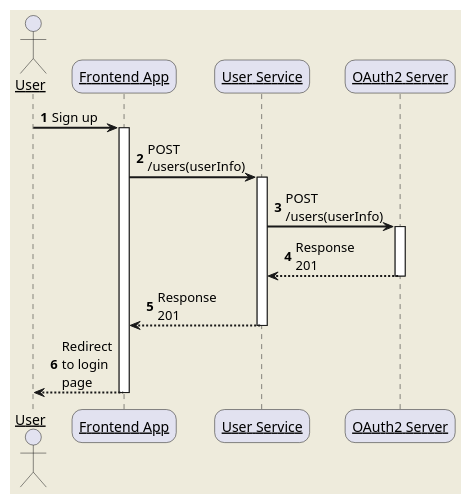
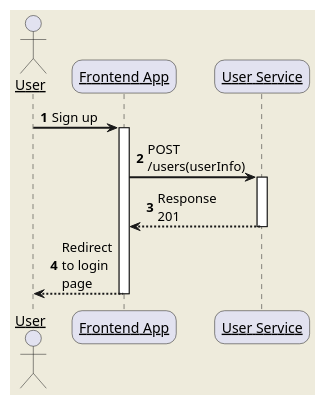
Before and after one commit to Hannibal0416/modern-renting-service: the diagram in doc/sequence/user-signup.puml, drawn with PlantUML. The commit also changed 17 other files, not shown here.

```diff
--- a/doc/sequence/user-signup.puml
+++ b/doc/sequence/user-signup.puml
@@ -2,31 +2,28 @@
 @startuml
 skinparam backgroundColor #EEEBDC
 skinparam handwritten false
 skinparam sequenceArrowThickness 2
 skinparam roundcorner 20
 skinparam maxmessagesize 60
 skinparam sequenceParticipant underline
 
 actor User
 participant "Frontend App" as Frontend
 participant "User Service" as UserService
-participant "OAuth2 Server" as OAuth
+
 
 autonumber 1
 User -> Frontend: Sign up
 activate Frontend
 
 Frontend -> UserService: POST /users(userInfo)
 activate UserService
 
-UserService -> OAuth: POST /users(userInfo)
-activate OAuth
-OAuth --> UserService: Response 201
-deactivate OAuth
+
 
 UserService --> Frontend: Response 201
 deactivate UserService
 
 Frontend --> User: Redirect to login page
 deactivate Frontend
 @enduml
```
